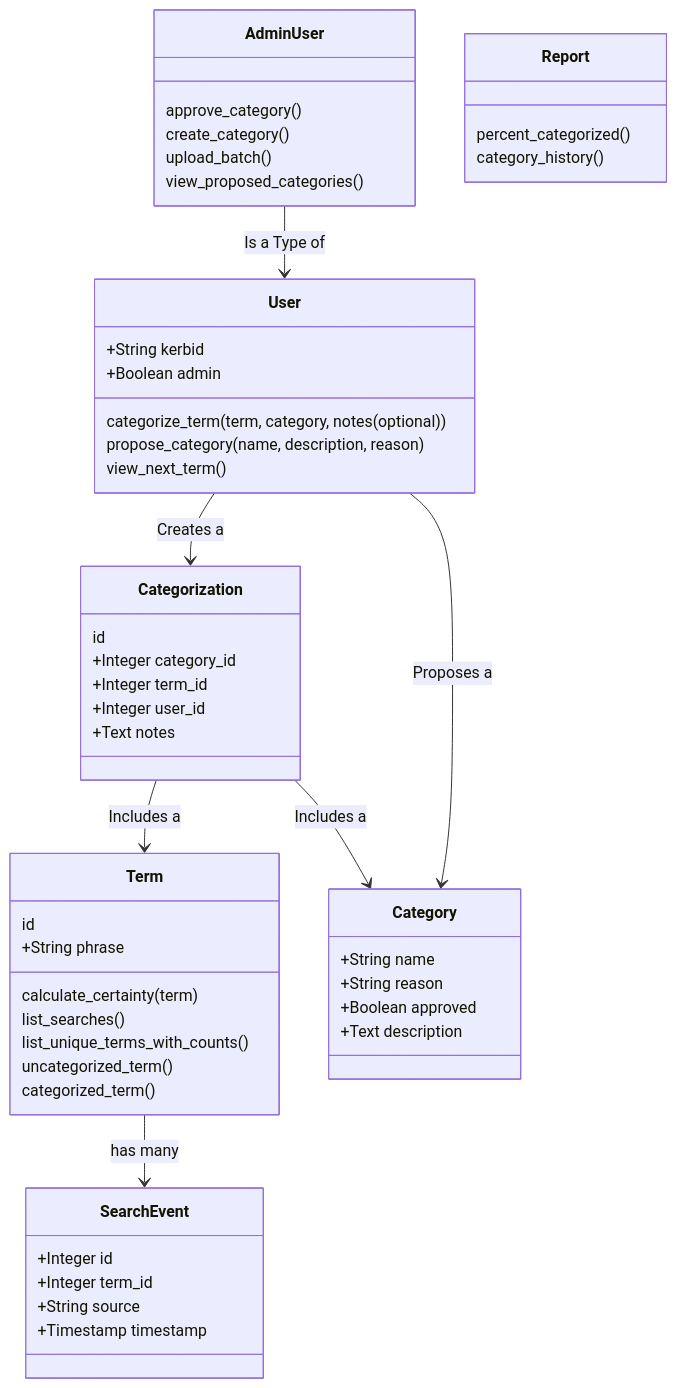
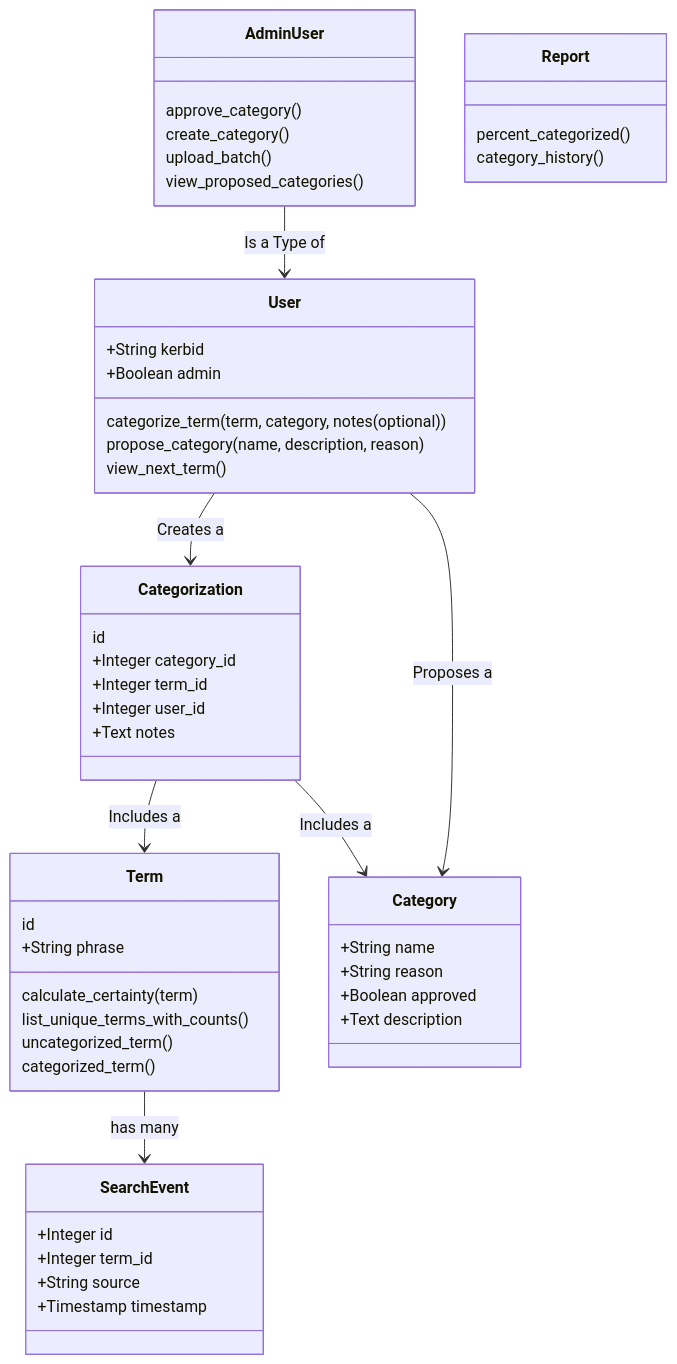
The diagram in docs/reference/classes.md (MITLibraries/tacos), drawn with Mermaid before and after one commit.

Commit message:
Remove list_searches from Term class diagram

````diff
--- a/docs/reference/classes.md
+++ b/docs/reference/classes.md
@@ -1,57 +1,56 @@
 ```mermaid
 classDiagram
   direction TB
   
   AdminUser --> User : Is a Type of
   Term --> SearchEvent : has many
 
   User --> Categorization : Creates a
   User --> Category : Proposes a
   Categorization --> Term : Includes a
   Categorization --> Category : Includes a
 
   class Term
     Term: id
     Term: +String phrase
     Term: calculate_certainty(term)
-    Term: list_searches()
     Term: list_unique_terms_with_counts()
     Term: uncategorized_term()
     Term: categorized_term()
 
   class SearchEvent
     SearchEvent: +Integer id
     SearchEvent: +Integer term_id
     SearchEvent: +String source
     SearchEvent: +Timestamp timestamp
 
   class User
     User: +String kerbid
     User: +Boolean admin
     User: categorize_term(term, category, notes (optional))
     User: propose_category(name, description, reason)
     User: view_next_term()
   
   class AdminUser
     AdminUser: approve_category()
     AdminUser: create_category()
     AdminUser: upload_batch()
     AdminUser: view_proposed_categories()
 
   class Category
     Category: +String name
     Category: +String reason
     Category: +Boolean approved
     Category: +Text description
 
   class Categorization
     Categorization: id
     Categorization: +Integer category_id
     Categorization: +Integer term_id
     Categorization: +Integer user_id
     Categorization: +Text notes
 
   class Report
     Report: percent_categorized()
     Report: category_history()
 ```
````
